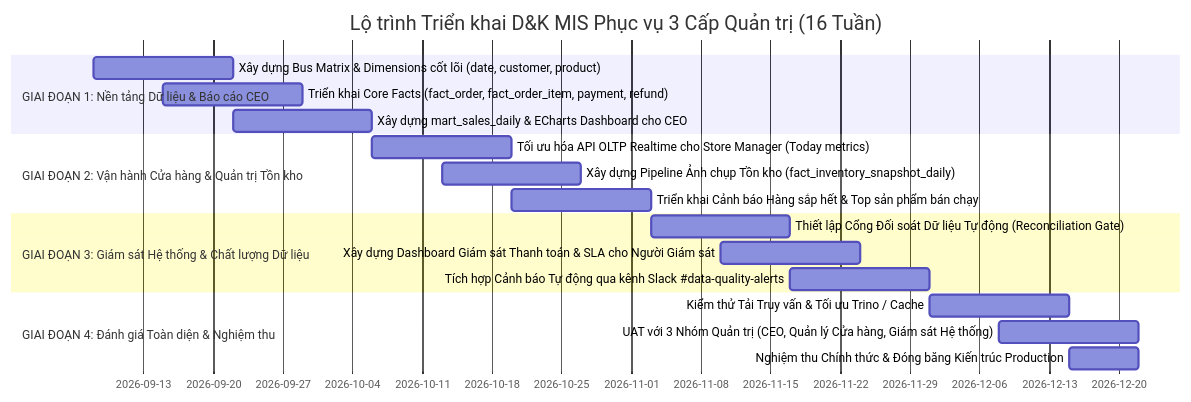
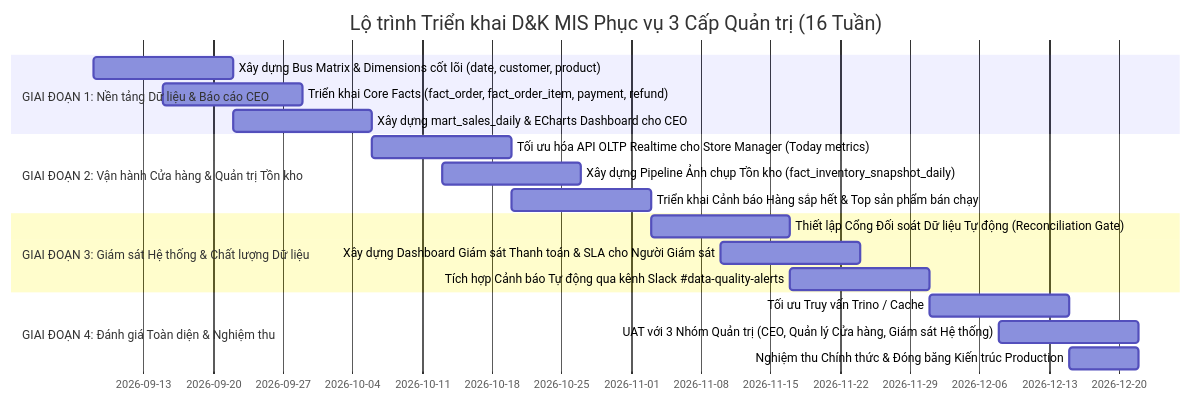
Before and after one commit to DanhTrannn/TLCN: the sixth of 6 diagrams in docs/architecture/MANAGEMENT_INFO_TECHNICAL_SPEC.md, drawn with Mermaid. The commit also changed 135 other files, not shown here.

````diff
--- a/docs/architecture/MANAGEMENT_INFO_TECHNICAL_SPEC.md
+++ b/docs/architecture/MANAGEMENT_INFO_TECHNICAL_SPEC.md
@@ -532,21 +532,21 @@
 ```mermaid
 gantt
     title Lộ trình Triển khai D&K MIS Phục vụ 3 Cấp Quản trị (16 Tuần)
     dateFormat  YYYY-MM-DD
     section GIAI ĐOẠN 1: Nền tảng Dữ liệu & Báo cáo CEO
     Xây dựng Bus Matrix & Dimensions cốt lõi (date, customer, product) :2026-09-08, 14d
     Triển khai Core Facts (fact_order, fact_order_item, payment, refund) :2026-09-15, 14d
     Xây dựng mart_sales_daily & ECharts Dashboard cho CEO            :2026-09-22, 14d
     section GIAI ĐOẠN 2: Vận hành Cửa hàng & Quản trị Tồn kho
     Tối ưu hóa API OLTP Realtime cho Store Manager (Today metrics)    :2026-10-06, 14d
     Xây dựng Pipeline Ảnh chụp Tồn kho (fact_inventory_snapshot_daily)  :2026-10-13, 14d
     Triển khai Cảnh báo Hàng sắp hết & Top sản phẩm bán chạy          :2026-10-20, 14d
     section GIAI ĐOẠN 3: Giám sát Hệ thống & Chất lượng Dữ liệu
     Thiết lập Cổng Đối soát Dữ liệu Tự động (Reconciliation Gate)     :2026-11-03, 14d
     Xây dựng Dashboard Giám sát Thanh toán & SLA cho Người Giám sát   :2026-11-10, 14d
     Tích hợp Cảnh báo Tự động qua kênh Slack #data-quality-alerts     :2026-11-17, 14d
     section GIAI ĐOẠN 4: Đánh giá Toàn diện & Nghiệm thu
-    Kiểm thử Tải Truy vấn & Tối ưu Trino / Cache                      :2026-12-01, 14d
+    Tối ưu Truy vấn Trino / Cache                                   :2026-12-01, 14d
     UAT với 3 Nhóm Quản trị (CEO, Quản lý Cửa hàng, Giám sát Hệ thống):2026-12-08, 14d
     Nghiệm thu Chính thức & Đóng băng Kiến trúc Production            :2026-12-15, 7d
 ```
````
